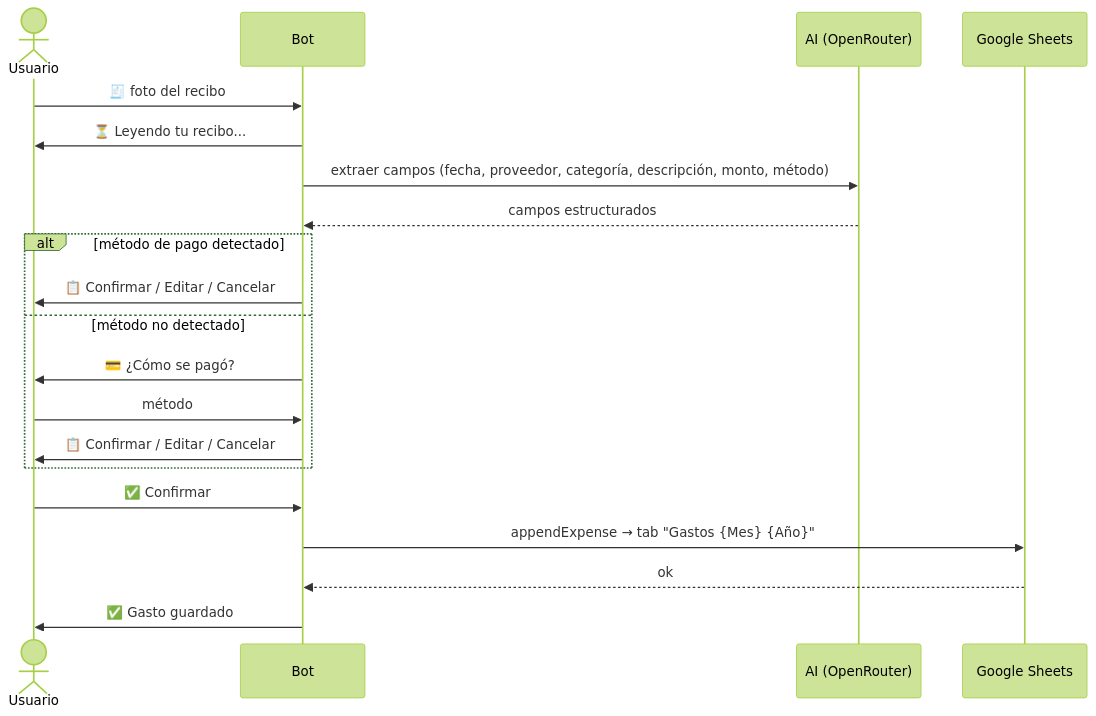
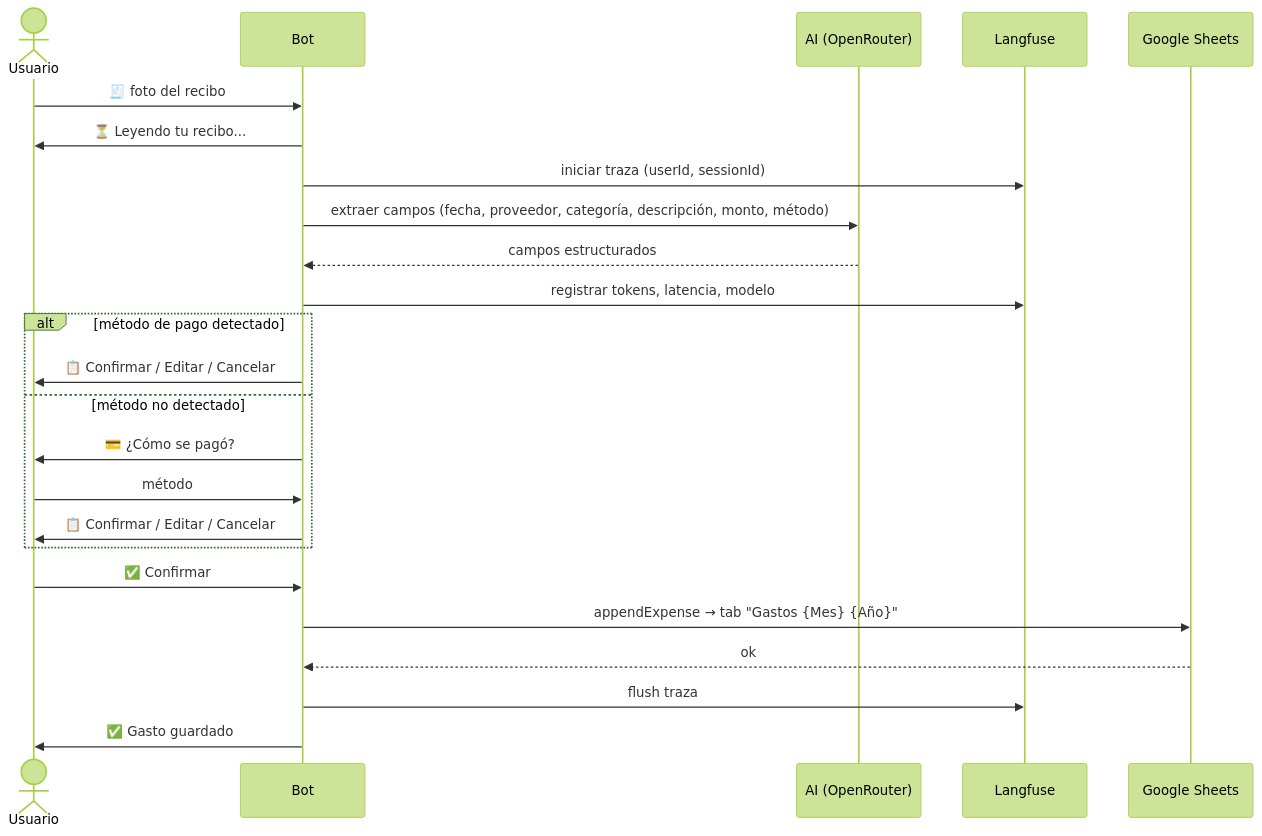
The diagram in README.md (RookieCol/expense-bot), drawn with Mermaid (forest theme) before and after one commit.

Commit message:
docs(readme): add Langfuse observability to flow diagram

````diff
--- a/README.md
+++ b/README.md
@@ -159,25 +159,29 @@
 ```mermaid
 sequenceDiagram
     actor U as Usuario
     participant B as Bot
     participant AI as AI (OpenRouter)
+    participant LF as Langfuse
     participant S as Google Sheets
 
     U->>B: 🧾 foto del recibo
     B->>U: ⏳ Leyendo tu recibo...
+    B->>LF: iniciar traza (userId, sessionId)
     B->>AI: extraer campos (fecha, proveedor, categoría, descripción, monto, método)
     AI-->>B: campos estructurados
+    B->>LF: registrar tokens, latencia, modelo
 
     alt método de pago detectado
         B->>U: 📋 Confirmar / Editar / Cancelar
     else método no detectado
         B->>U: 💳 ¿Cómo se pagó?
         U->>B: método
         B->>U: 📋 Confirmar / Editar / Cancelar
     end
 
     U->>B: ✅ Confirmar
     B->>S: appendExpense → tab "Gastos {Mes} {Año}"
     S-->>B: ok
+    B->>LF: flush traza
     B->>U: ✅ Gasto guardado
 ```
````
